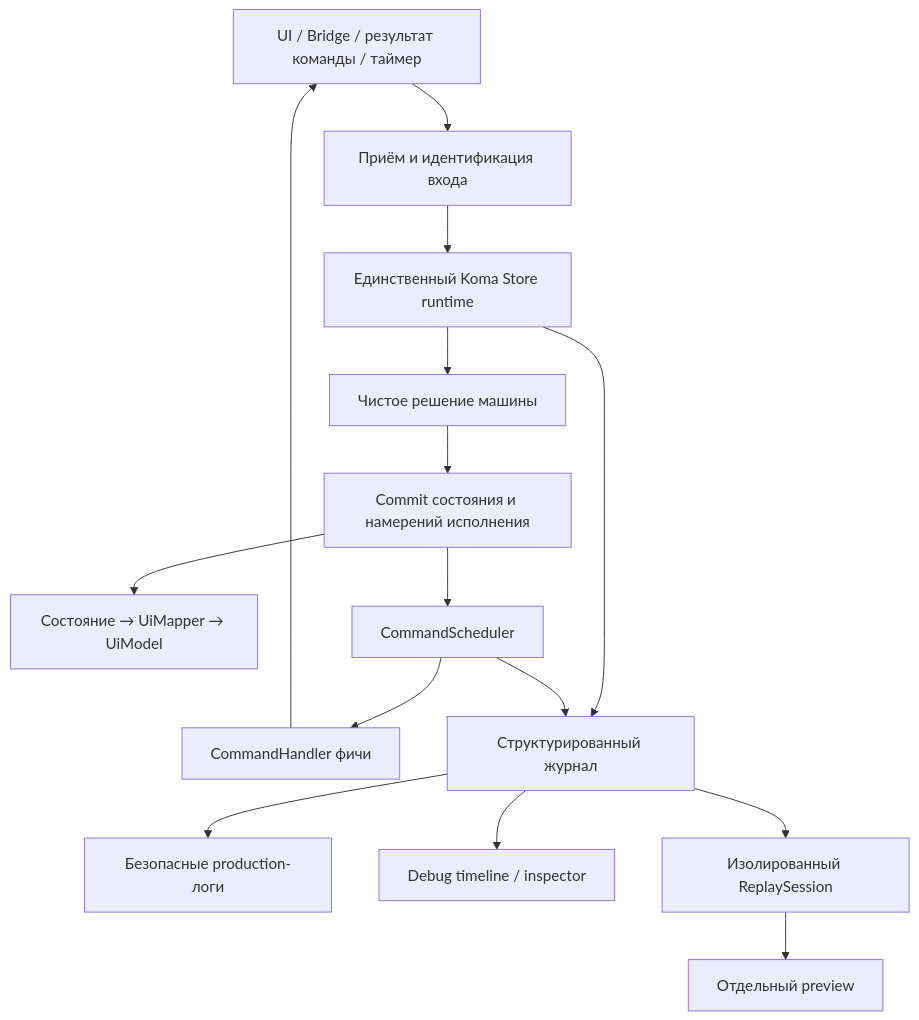
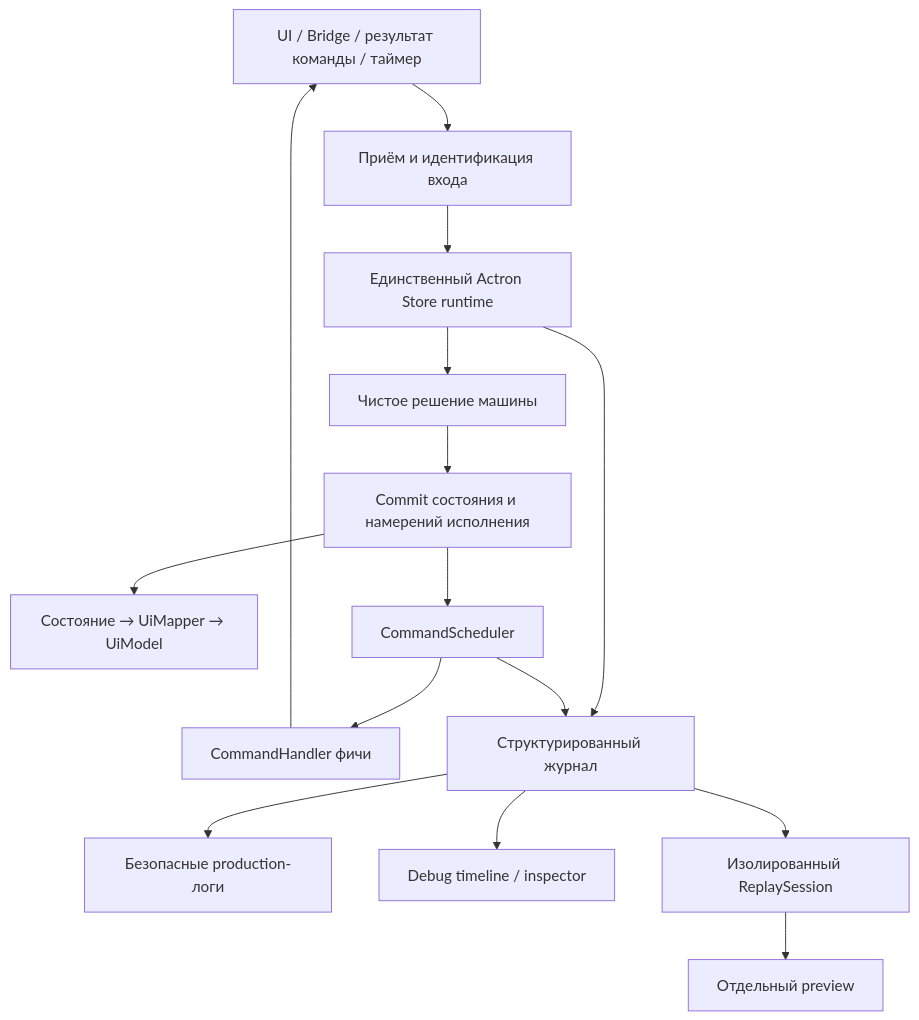
One commit to roman-n1/koma changed the diagram in doc/internal/design/2026-09-29-time-travel-logging-handoff.md. Above: the diagram before and after it, drawn with Mermaid. The commit also changed other lines of this file and 894 other files, not shown here.

First line of the commit message:
Rename Koma fork to Actron (#86)

````diff
--- a/doc/internal/design/2026-09-29-time-travel-logging-handoff.md
+++ b/doc/internal/design/2026-09-29-time-travel-logging-handoff.md
@@ -71,17 +71,17 @@
 ```mermaid
 flowchart TD
     Input[UI / Bridge / результат команды / таймер] --> Admission[Приём и идентификация входа]
-    Admission --> Runtime[Единственный Koma Store runtime]
+    Admission --> Runtime[Единственный Actron Store runtime]
     Runtime --> Decide[Чистое решение машины]
     Decide --> Commit[Commit состояния и намерений исполнения]
     Commit --> State[Состояние → UiMapper → UiModel]
     Commit --> Scheduler[CommandScheduler]
     Scheduler --> Handler[CommandHandler фичи]
     Handler --> Input
     Runtime --> Journal[Структурированный журнал]
     Scheduler --> Journal
     Journal --> Logs[Безопасные production-логи]
     Journal --> Inspector[Debug timeline / inspector]
     Journal --> Replay[Изолированный ReplaySession]
     Replay --> Preview[Отдельный preview]
 ```
````
